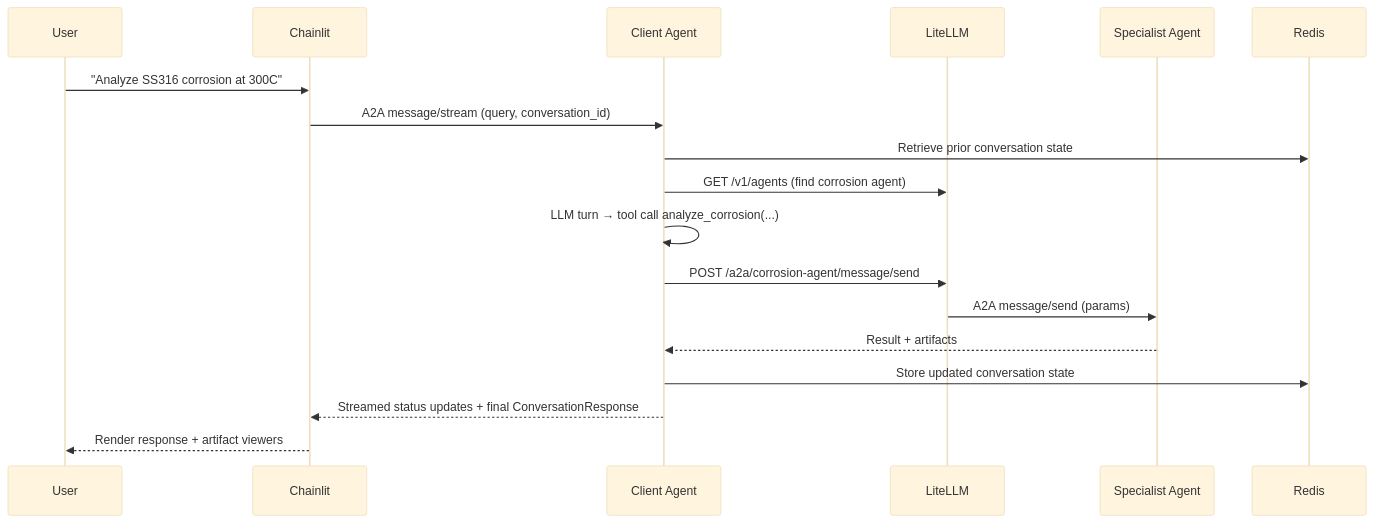
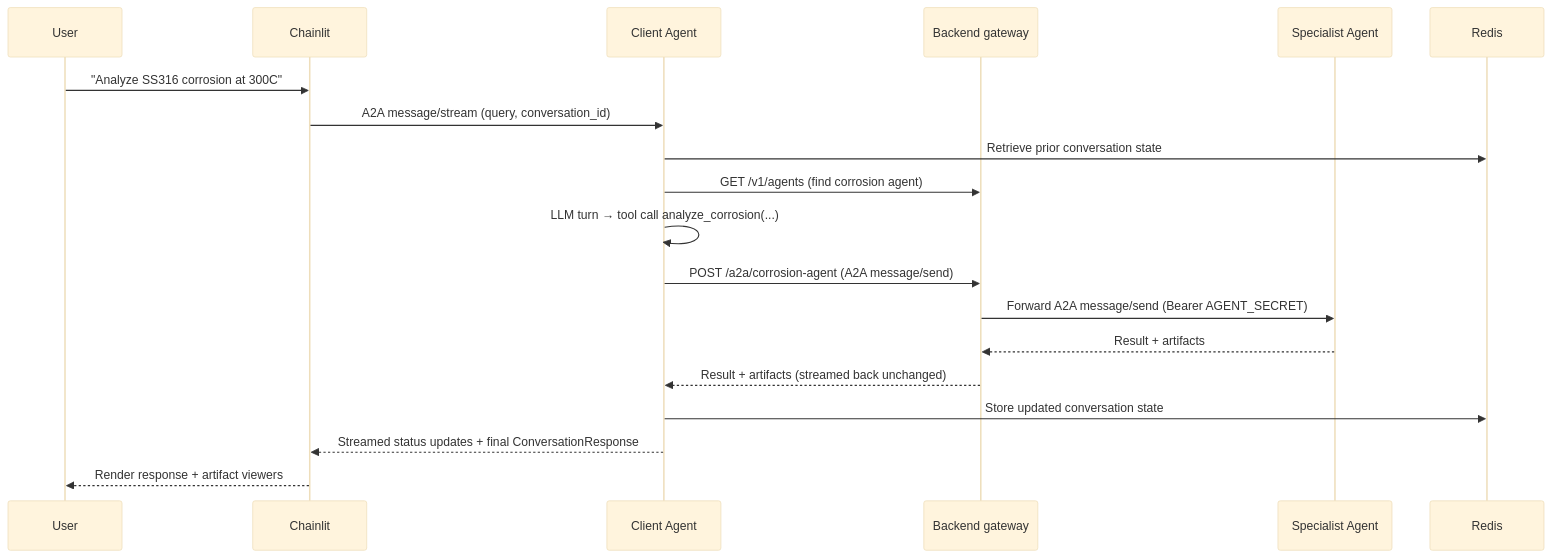
The second of 2 diagrams in platform/docs/docs/dev-docs/architecture.md (brandonbiggs/prometheus_core), drawn with Mermaid (base theme) before and after one commit. The commit also changed other lines of this file and 10 other files, not shown here.

First line of the commit message:
Update the platform docs for the removal of LiteLLM

````diff
--- a/platform/docs/docs/dev-docs/architecture.md
+++ b/platform/docs/docs/dev-docs/architecture.md
@@ -123,21 +124,22 @@
 ```mermaid
 sequenceDiagram
     participant U as User
     participant CL as Chainlit
     participant CA as Client Agent
-    participant LLM as LiteLLM
+    participant GW as Backend gateway
     participant SA as Specialist Agent
     participant R as Redis
 
     U->>CL: "Analyze SS316 corrosion at 300C"
     CL->>CA: A2A message/stream (query, conversation_id)
     CA->>R: Retrieve prior conversation state
-    CA->>LLM: GET /v1/agents (find corrosion agent)
+    CA->>GW: GET /v1/agents (find corrosion agent)
     CA->>CA: LLM turn → tool call analyze_corrosion(...)
-    CA->>LLM: POST /a2a/corrosion-agent/message/send
-    LLM->>SA: A2A message/send (params)
-    SA-->>CA: Result + artifacts
+    CA->>GW: POST /a2a/corrosion-agent (A2A message/send)
+    GW->>SA: Forward A2A message/send (Bearer AGENT_SECRET)
+    SA-->>GW: Result + artifacts
+    GW-->>CA: Result + artifacts (streamed back unchanged)
     CA->>R: Store updated conversation state
     CA-->>CL: Streamed status updates + final ConversationResponse
     CL-->>U: Render response + artifact viewers
 ```
````
